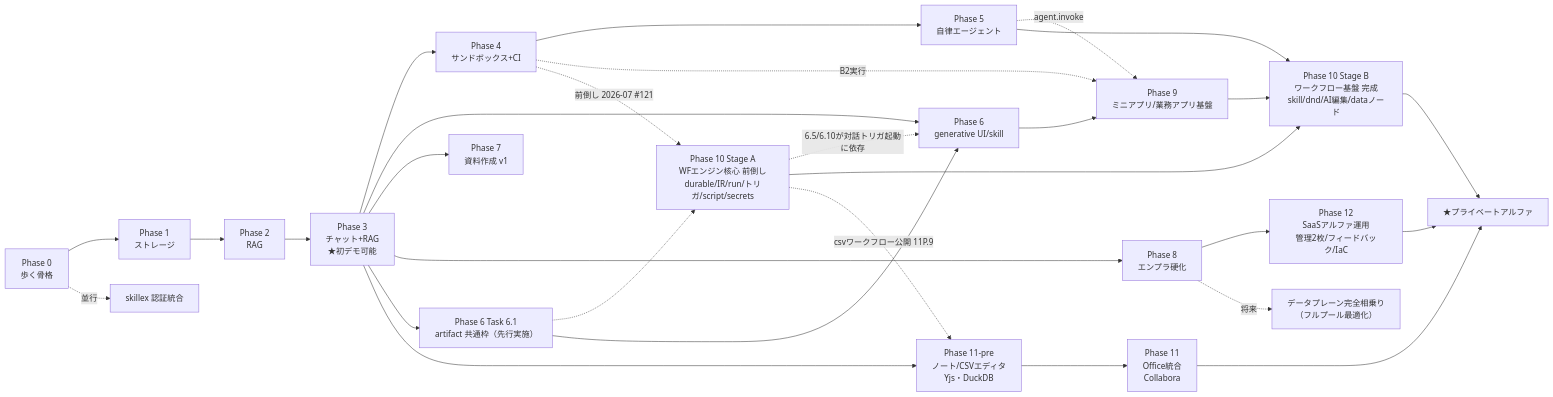
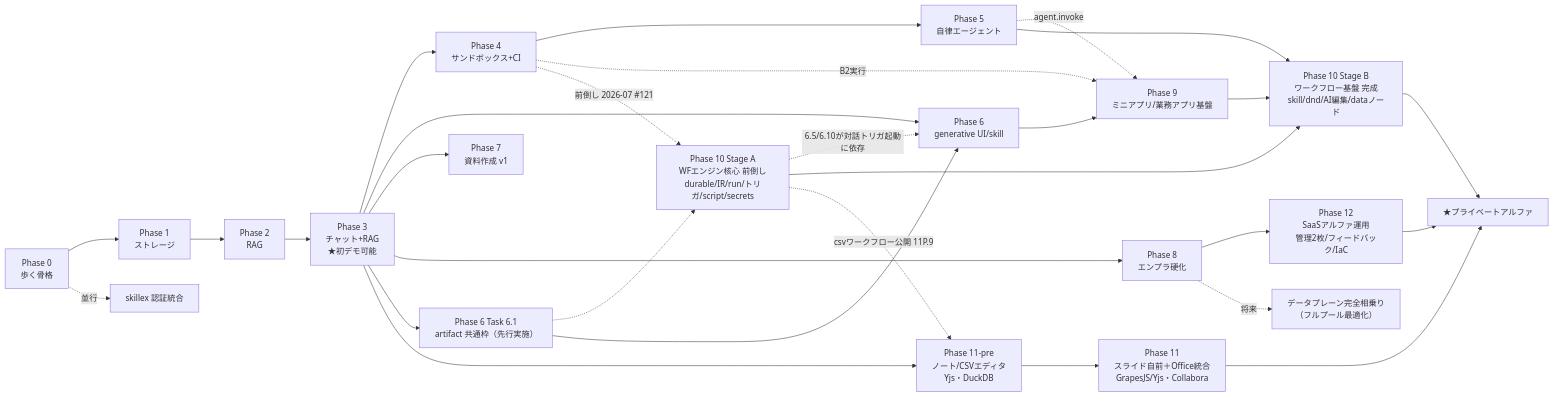
The diagram in docs/roadmap.md (imanect-labs/shiki-platform), drawn with Mermaid before and after one commit. The commit also changed other lines of this file and 4 other files, not shown here.

First line of the commit message:
docs: Phase 11 再定義（スライド自前実装・Collabora ソースビルド・AI 共同編集・選択→AI） (#302)

````diff
--- a/docs/roadmap.md
+++ b/docs/roadmap.md
@@ -18,31 +18,31 @@
 ```mermaid
 flowchart LR
   P0["Phase 0<br/>歩く骨格"] --> P1["Phase 1<br/>ストレージ"]
   P1 --> P2["Phase 2<br/>RAG"]
   P2 --> P3["Phase 3<br/>チャット+RAG<br/>★初デモ可能"]
   P3 --> P4["Phase 4<br/>サンドボックス+CI"]
   P4 --> P5["Phase 5<br/>自律エージェント"]
   P3 --> P6["Phase 6<br/>generative UI/skill"]
   P6 --> P9["Phase 9<br/>ミニアプリ/業務アプリ基盤"]
   P4 -.->|B2実行| P9
   P5 -.->|agent.invoke| P9
   P3 --> P7["Phase 7<br/>資料作成 v1"]
   P3 --> P8["Phase 8<br/>エンプラ硬化"]
   P4 -.->|前倒し 2026-07 #121| P10A["Phase 10 Stage A<br/>WFエンジン核心 前倒し<br/>durable/IR/run/トリガ/script/secrets"]
   P3 --> T61["Phase 6 Task 6.1<br/>artifact 共通枠（先行実施）"]
   T61 -.-> P10A
   T61 --> P6
   P10A -.->|6.5/6.10が対話トリガ起動に依存| P6
   P10A --> P10["Phase 10 Stage B<br/>ワークフロー基盤 完成<br/>skill/dnd/AI編集/dataノード"]
   P5 --> P10
   P9 --> P10
   P3 --> P11P["Phase 11-pre<br/>ノート/CSVエディタ<br/>Yjs・DuckDB"]
   P10A -.->|csvワークフロー公開 11P.9| P11P
-  P11P --> P11["Phase 11<br/>Office統合<br/>Collabora"]
+  P11P --> P11["Phase 11<br/>スライド自前＋Office統合<br/>GrapesJS/Yjs・Collabora"]
   P8 --> P12["Phase 12<br/>SaaSアルファ運用<br/>管理2枚/フィードバック/IaC"]
   P10 --> ALPHA["★プライベートアルファ"]
   P11 --> ALPHA
   P12 --> ALPHA
   P0 -.->|並行| SK["skillex 認証統合"]
   P8 -.->|将来| FULLPOOL["データプレーン完全相乗り<br/>（フルプール最適化）"]
 ```
````
